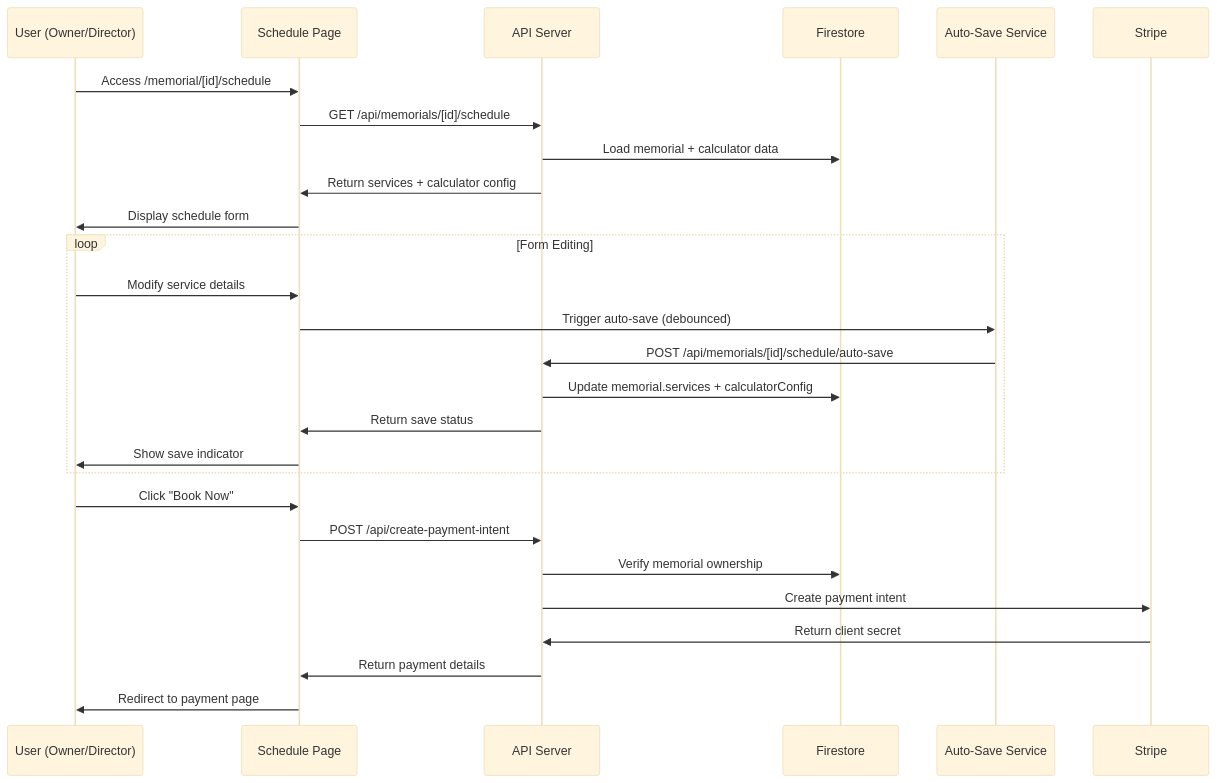
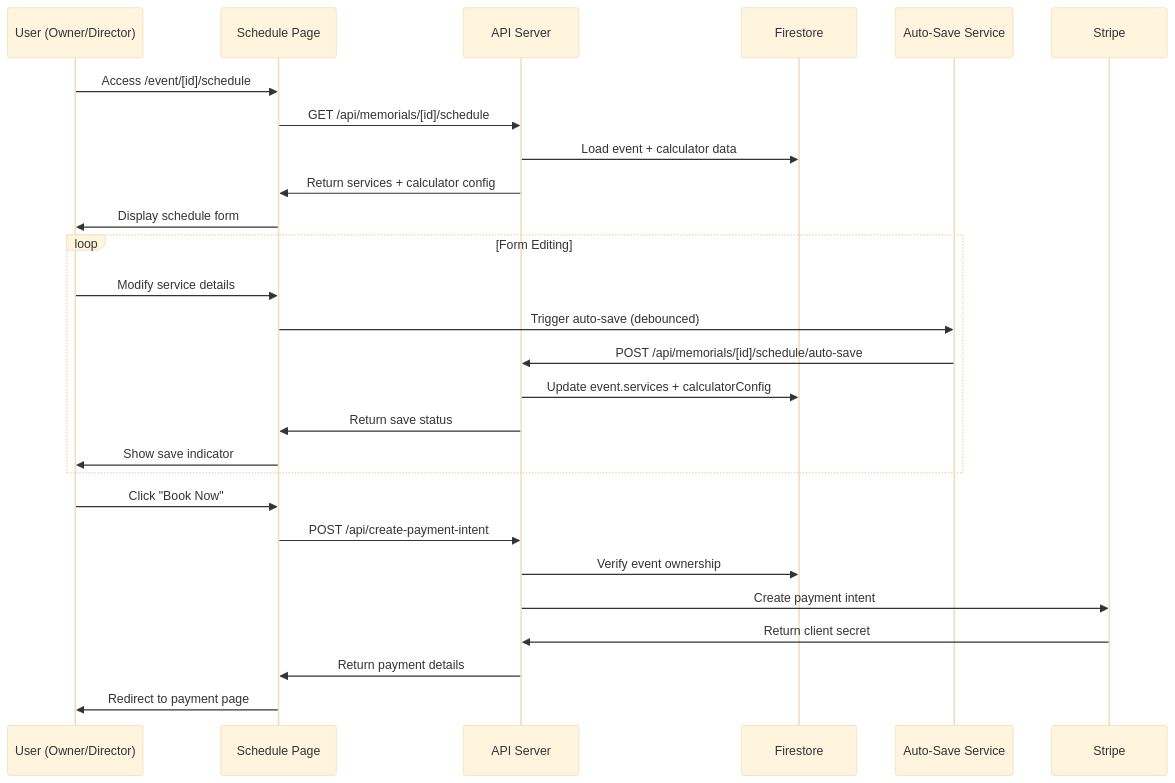
One commit to TimeMachine1994/081925-SvelteTweb changed the third of 9 diagrams in Old Docs01/old docsdocs/07-integration-flows.md. Above: the diagram before and after it, drawn with Mermaid (base theme). The commit also changed other lines of this file and 418 other files, not shown here.

First line of the commit message:
docs: update terminology from "memorial" to "event" across admin documentation

````diff
--- a/Old Docs01/old docsdocs/07-integration-flows.md
+++ b/Old Docs01/old docsdocs/07-integration-flows.md
@@ -60,31 +60,31 @@
 ```mermaid
 sequenceDiagram
     participant U as User (Owner/Director)
     participant UI as Schedule Page
     participant API as API Server
     participant FS as Firestore
     participant AS as Auto-Save Service
 
-    U->>UI: Access /memorial/[id]/schedule
+    U->>UI: Access /event/[id]/schedule
     UI->>API: GET /api/memorials/[id]/schedule
-    API->>FS: Load memorial + calculator data
+    API->>FS: Load event + calculator data
     API->>UI: Return services + calculator config
     UI->>U: Display schedule form
 
     loop Form Editing
         U->>UI: Modify service details
         UI->>AS: Trigger auto-save (debounced)
         AS->>API: POST /api/memorials/[id]/schedule/auto-save
-        API->>FS: Update memorial.services + calculatorConfig
+        API->>FS: Update event.services + calculatorConfig
         API->>UI: Return save status
         UI->>U: Show save indicator
     end
 
     U->>UI: Click "Book Now"
     UI->>API: POST /api/create-payment-intent
-    API->>FS: Verify memorial ownership
+    API->>FS: Verify event ownership
     API->>Stripe: Create payment intent
     Stripe->>API: Return client secret
     API->>UI: Return payment details
     UI->>U: Redirect to payment page
 ```
````
